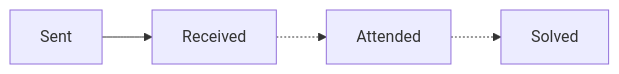
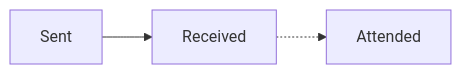
Before and after one commit to metacodi/precode: the first of 2 diagrams in doProject/base/core/notifications/README.md, drawn with Mermaid. The commit also changed other lines of this file and 309 other files, not shown here.

````diff
--- a/doProject/base/core/notifications/README.md
+++ b/doProject/base/core/notifications/README.md
@@ -21,4 +21,4 @@
   ```mermaid
   graph LR
-    Sent --> Received .-> Attended .-> Solved
+    Sent --> Received .-> Attended
   ```
````
